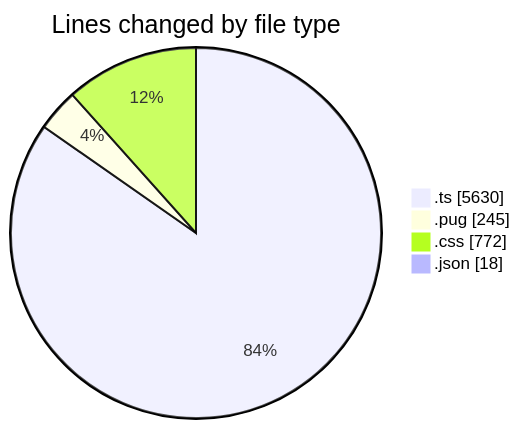
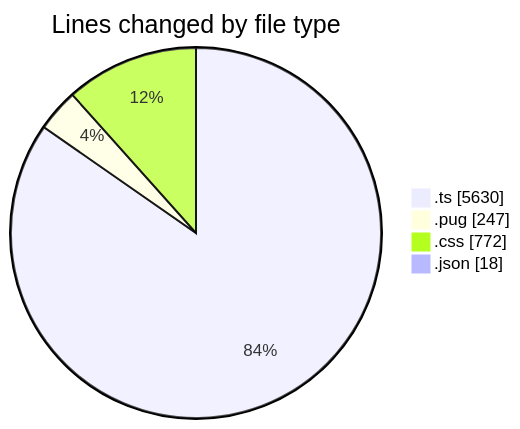
One commit to momahboobian/code-tracking changed the first of 2 diagrams in 2025-10-31/cda/README.md. Above: the diagram before and after it, drawn with Mermaid. The commit also changed other lines of this file and 1 other file, not shown here.

````diff
--- a/2025-10-31/cda/README.md
+++ b/2025-10-31/cda/README.md
@@ -31,8 +31,8 @@
 ```mermaid
 pie showData
 title Lines changed by file type
 ".ts" : 5630
-".pug" : 245
+".pug" : 247
 ".css" : 772
 ".json" : 18
 ```
````
